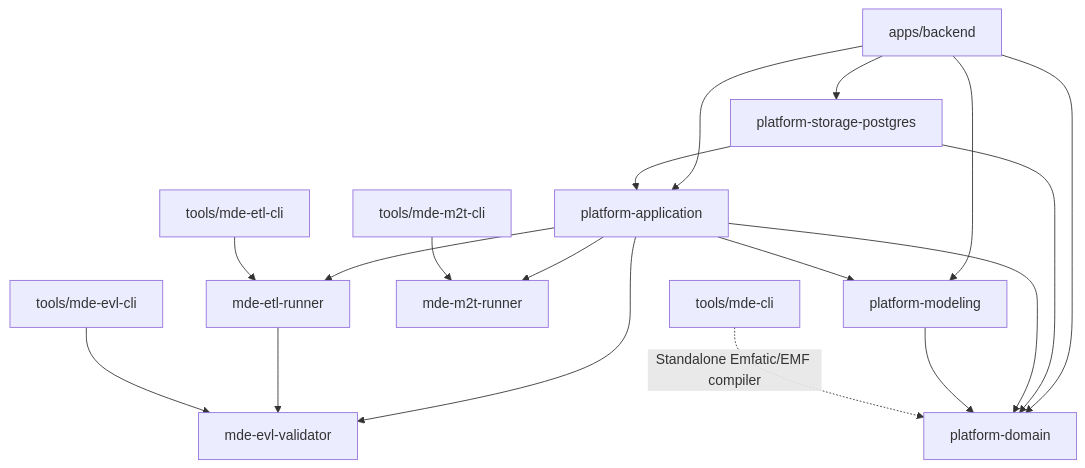
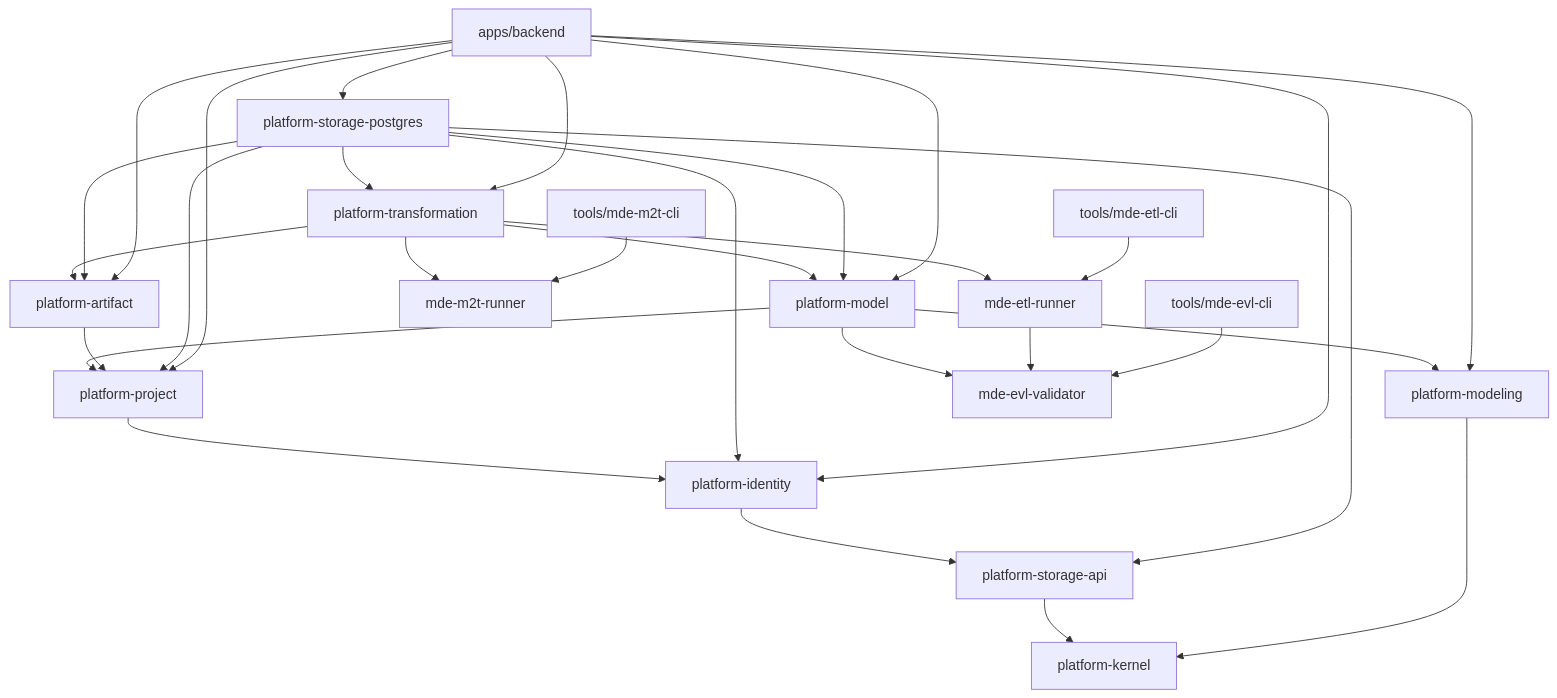
One commit to mehdieidi/modriss changed the first of 3 diagrams in docs/diagrams/05-module-dependencies.md. Above: the diagram before and after it, drawn with Mermaid. The commit also changed 166 other files, not shown here.

````diff
--- a/docs/diagrams/05-module-dependencies.md
+++ b/docs/diagrams/05-module-dependencies.md
@@ -5,33 +5,52 @@
 ```mermaid
 flowchart TB
     backend["apps/backend"]
-    domain["platform-domain"]
-    app["platform-application"]
+    kernel["platform-kernel"]
+    storageApi["platform-storage-api"]
+    identity["platform-identity"]
+    project["platform-project"]
+    modeling["platform-modeling"]
+    model["platform-model"]
+    artifact["platform-artifact"]
+    transform["platform-transformation"]
     storage["platform-storage-postgres"]
-    modeling["platform-modeling"]
     etl["mde-etl-runner"]
     evl["mde-evl-validator"]
     m2t["mde-m2t-runner"]
-    cli["tools/mde-cli"]
     etlcli["tools/mde-etl-cli"]
     evlcli["tools/mde-evl-cli"]
     m2tcli["tools/mde-m2t-cli"]
 
-    backend --> domain
-    backend --> app
+    storageApi --> kernel
+    identity --> storageApi
+    project --> identity
+    modeling --> kernel
+    model --> project
+    model --> modeling
+    model --> evl
+    artifact --> project
+    transform --> model
+    transform --> artifact
+    transform --> etl
+    transform --> m2t
+
+    storage --> storageApi
+    storage --> identity
+    storage --> project
+    storage --> model
+    storage --> artifact
+    storage --> transform
+
     backend --> storage
+    backend --> identity
+    backend --> project
+    backend --> model
     backend --> modeling
-    storage --> domain
-    storage --> app
-    app --> domain
-    app --> modeling
-    app --> etl
-    app --> evl
-    app --> m2t
+    backend --> artifact
+    backend --> transform
+
     etl --> evl
-    modeling --> domain
     etlcli --> etl
     evlcli --> evl
     m2tcli --> m2t
-    cli -.->|"Standalone Emfatic/EMF compiler"| domain
 ```
````
